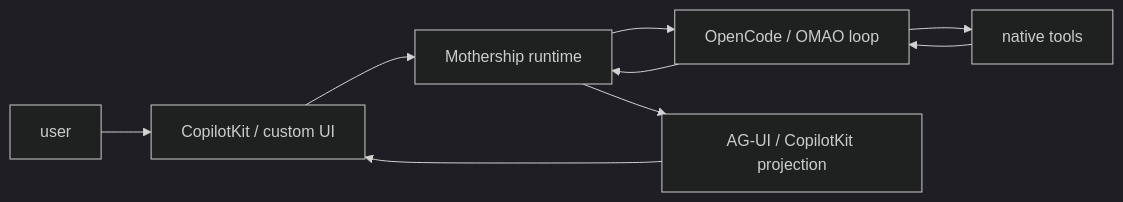
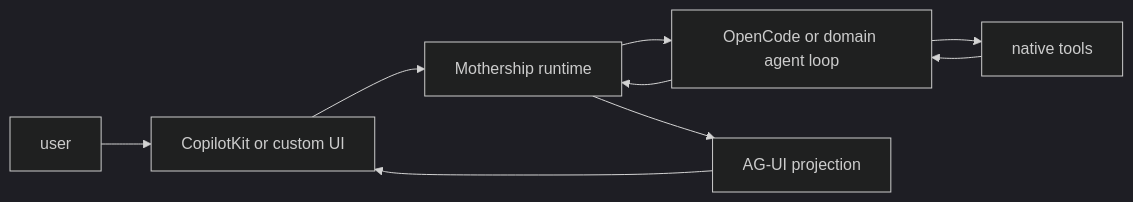
Before and after one commit to nfbs2000/speaky-CopilotKit: the fourth of 4 diagrams in site/docs/copilotkit-source/03-control-boundary.md, drawn with Mermaid (dark theme). The commit also changed other lines of this file and 12 other files, not shown here.

Commit message:
expand CopilotKit source pages

````diff
--- a/site/docs/copilotkit-source/03-control-boundary.md
+++ b/site/docs/copilotkit-source/03-control-boundary.md
@@ -165,11 +173,11 @@
 ```mermaid
 flowchart LR
-  User["user"] --> UI["CopilotKit / custom UI"]
+  User["user"] --> UI["CopilotKit or custom UI"]
   UI --> Runtime["Mothership runtime"]
-  Runtime --> Agent["OpenCode / OMAO loop"]
+  Runtime --> Agent["OpenCode or domain agent loop"]
   Agent --> Tools["native tools"]
   Tools --> Agent
   Agent --> Runtime
-  Runtime --> Projection["AG-UI / CopilotKit projection"]
+  Runtime --> Projection["AG-UI projection"]
   Projection --> UI
 ```
````
